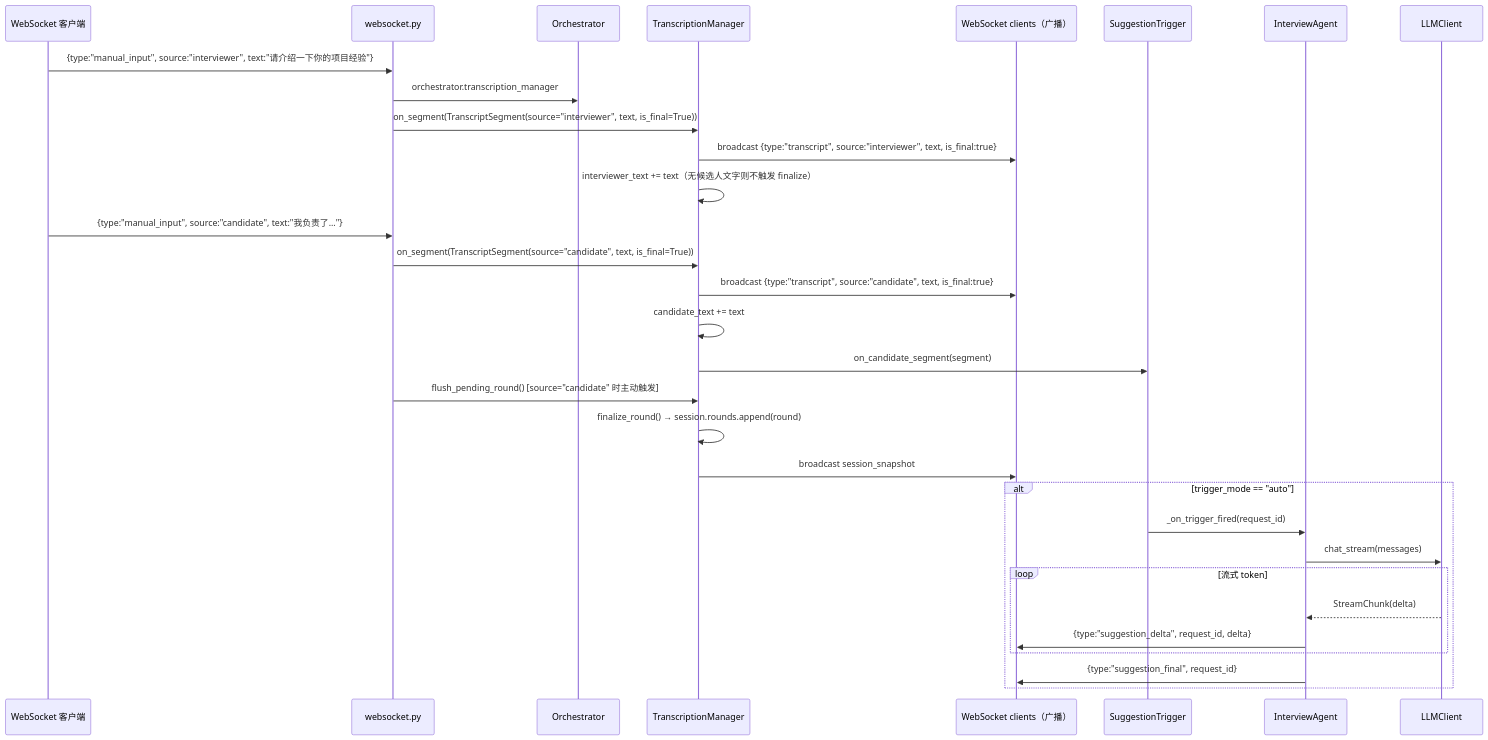
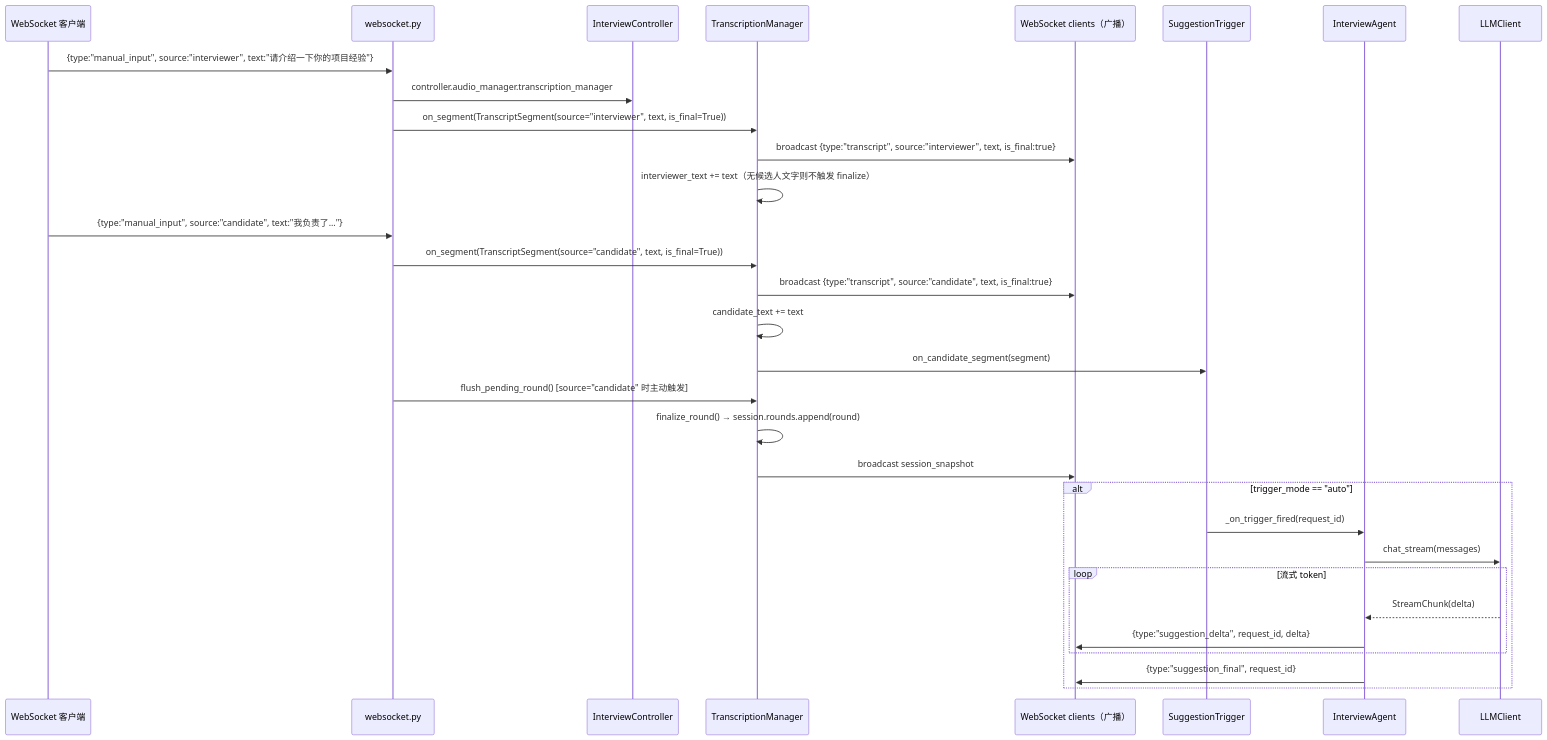
One commit to dygcjlu/interviewer-assistant changed the fourth of 5 diagrams in docs/arc/flows.md. Above: the diagram before and after it, drawn with Mermaid. The commit also changed other lines of this file and 20 other files, not shown here.

````diff
--- a/docs/arc/flows.md
+++ b/docs/arc/flows.md
@@ -142,35 +141,35 @@
 ```mermaid
 sequenceDiagram
     participant Client as WebSocket 客户端
     participant WS as websocket.py
-    participant Orch as Orchestrator
+    participant IC as InterviewController
     participant TM as TranscriptionManager
     participant WS2 as WebSocket clients（广播）
     participant Trig as SuggestionTrigger
     participant IA as InterviewAgent
     participant LLM as LLMClient
 
     Client->>WS: {type:"manual_input", source:"interviewer", text:"请介绍一下你的项目经验"}
-    WS->>Orch: orchestrator.transcription_manager
+    WS->>IC: controller.audio_manager.transcription_manager
     WS->>TM: on_segment(TranscriptSegment(source="interviewer", text, is_final=True))
     TM->>WS2: broadcast {type:"transcript", source:"interviewer", text, is_final:true}
     TM->>TM: interviewer_text += text（无候选人文字则不触发 finalize）
 
     Client->>WS: {type:"manual_input", source:"candidate", text:"我负责了..."}
     WS->>TM: on_segment(TranscriptSegment(source="candidate", text, is_final=True))
     TM->>WS2: broadcast {type:"transcript", source:"candidate", text, is_final:true}
     TM->>TM: candidate_text += text
     TM->>Trig: on_candidate_segment(segment)
     WS->>TM: flush_pending_round() [source="candidate" 时主动触发]
     TM->>TM: finalize_round() → session.rounds.append(round)
     TM->>WS2: broadcast session_snapshot
     alt trigger_mode == "auto"
         Trig->>IA: _on_trigger_fired(request_id)
         IA->>LLM: chat_stream(messages)
         loop 流式 token
             LLM-->>IA: StreamChunk(delta)
             IA->>WS2: {type:"suggestion_delta", request_id, delta}
         end
         IA->>WS2: {type:"suggestion_final", request_id}
     end
 ```
````
